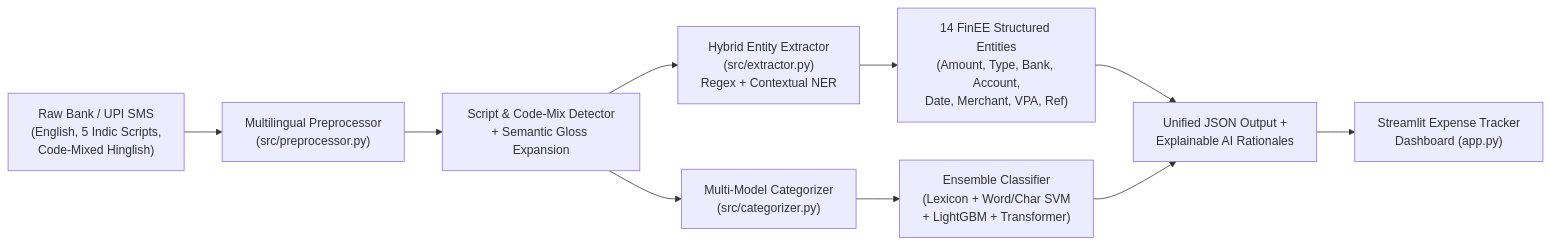
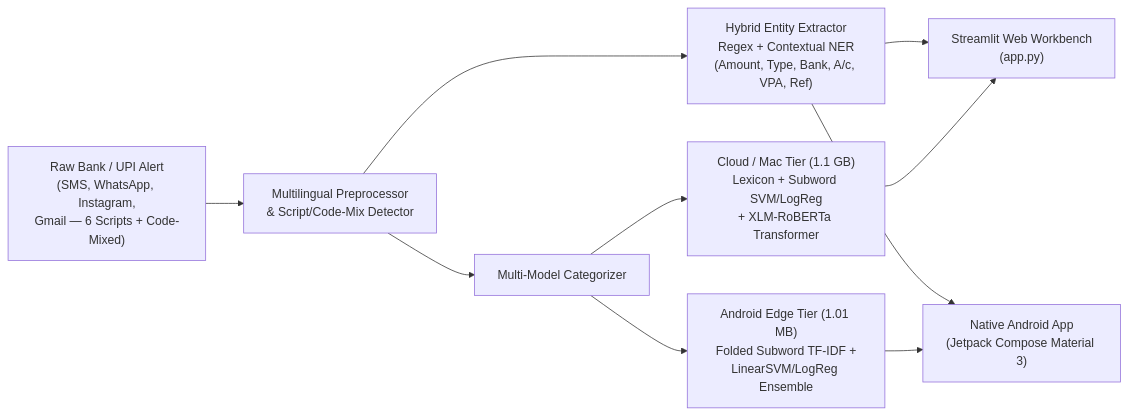
Before and after one commit to Percy00765432/NLP-Project: the diagram in README.md, drawn with Mermaid. The commit also changed other lines of this file, not shown here.

Commit message:
docs: update README with Jetpack Compose Android app and dual-tier architecture

````diff
--- a/README.md
+++ b/README.md
@@ -29,12 +31,12 @@
 ```mermaid
 flowchart LR
-    A["Raw Bank / UPI SMS\n(English, 5 Indic Scripts,\nCode-Mixed Hinglish)"] --> B["Multilingual Preprocessor\n(src/preprocessor.py)"]
-    B --> C["Script & Code-Mix Detector\n+ Semantic Gloss Expansion"]
-    C --> D["Hybrid Entity Extractor\n(src/extractor.py)\nRegex + Contextual NER"]
-    C --> E["Multi-Model Categorizer\n(src/categorizer.py)"]
-    D --> F["14 FinEE Structured Entities\n(Amount, Type, Bank, Account,\nDate, Merchant, VPA, Ref)"]
-    E --> G["Ensemble Classifier\n(Lexicon + Word/Char SVM\n+ LightGBM + Transformer)"]
-    F --> H["Unified JSON Output +\nExplainable AI Rationales"]
-    G --> H
-    H --> I["Streamlit Expense Tracker\nDashboard (app.py)"]
+    A["Raw Bank / UPI Alert\n(SMS, WhatsApp, Instagram,\nGmail — 6 Scripts + Code-Mixed)"] --> B["Multilingual Preprocessor\n& Script/Code-Mix Detector"]
+    B --> C["Hybrid Entity Extractor\nRegex + Contextual NER\n(Amount, Type, Bank, A/c, VPA, Ref)"]
+    B --> D["Multi-Model Categorizer"]
+    D --> E["Cloud / Mac Tier (1.1 GB)\nLexicon + Subword SVM/LogReg\n+ XLM-RoBERTa Transformer"]
+    D --> F["Android Edge Tier (1.01 MB)\nFolded Subword TF-IDF +\nLinearSVM/LogReg Ensemble"]
+    C --> G["Streamlit Web Workbench\n(app.py)"]
+    E --> G
+    C --> H["Native Android App\n(Jetpack Compose Material 3)"]
+    F --> H
 ```
````
